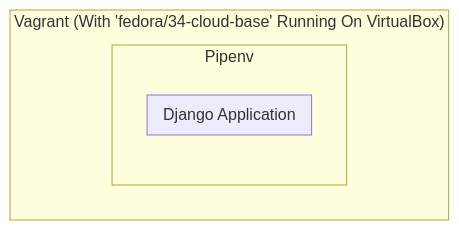
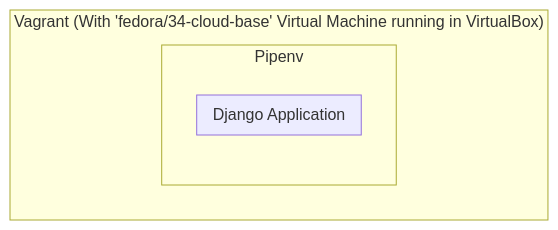
The first of 2 diagrams in docs/Project-Bootup-Flow.md (redhat-beyond/JobSeeker), drawn with Mermaid before and after one commit. The commit also changed other lines of this file, not shown here.

First line of the commit message:
:memo: Edited Grammar In `Project-Bootup-Flow.md`

````diff
--- a/docs/Project-Bootup-Flow.md
+++ b/docs/Project-Bootup-Flow.md
@@ -6,9 +6,9 @@
     ```mermaid
     flowchart TB
-    subgraph Vagrant["Vagrant (With 'fedora/34-cloud-base' Running On VirtualBox)"]
+    subgraph Vagrant["Vagrant (With 'fedora/34-cloud-base' Virtual Machine running in VirtualBox)"]
         subgraph Pipenv
             subgraph Django[Django Application]
             end
         end
     end
     ```
````
